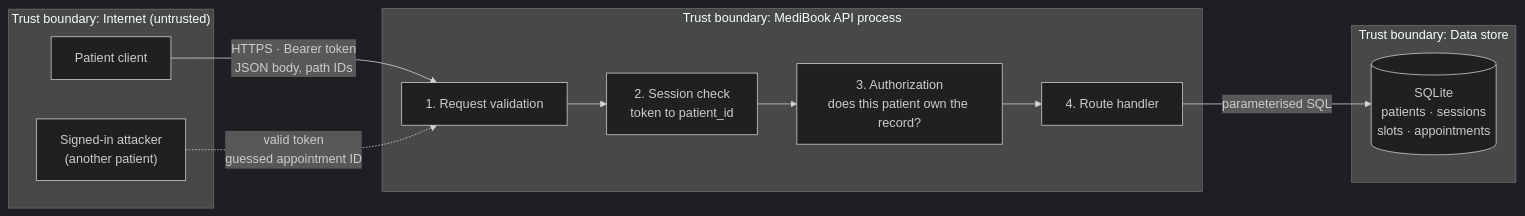
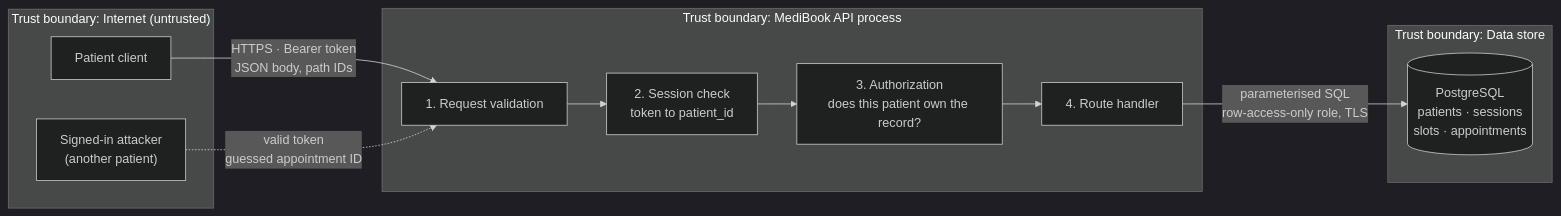
Before and after one commit to abdurahim50/medibook: the diagram in docs/threat-model.md, drawn with Mermaid (dark theme). The commit also changed other lines of this file and 4 other files, not shown here.

````diff
--- a/docs/threat-model.md
+++ b/docs/threat-model.md
@@ -7,23 +7,23 @@
 ```mermaid
 flowchart LR
     subgraph TB1["Trust boundary: Internet (untrusted)"]
         Patient["Patient client"]
         Attacker["Signed-in attacker<br/>(another patient)"]
     end
 
     subgraph TB2["Trust boundary: MediBook API process"]
         Validate["1. Request validation"]
         Session["2. Session check<br/>token to patient_id"]
         Authz["3. Authorization<br/>does this patient own the record?"]
         Handler["4. Route handler"]
     end
 
     subgraph TB3["Trust boundary: Data store"]
-        DB[("SQLite<br/>patients · sessions<br/>slots · appointments")]
+        DB[("PostgreSQL<br/>patients · sessions<br/>slots · appointments")]
     end
 
     Patient -->|"HTTPS · Bearer token<br/>JSON body, path IDs"| Validate
     Attacker -.->|"valid token<br/>guessed appointment ID"| Validate
     Validate --> Session --> Authz --> Handler
-    Handler -->|"parameterised SQL"| DB
+    Handler -->|"parameterised SQL<br/>row-access-only role, TLS"| DB
 ```
````
